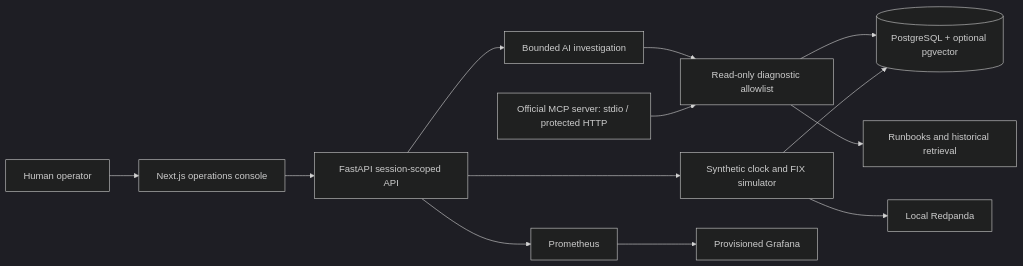
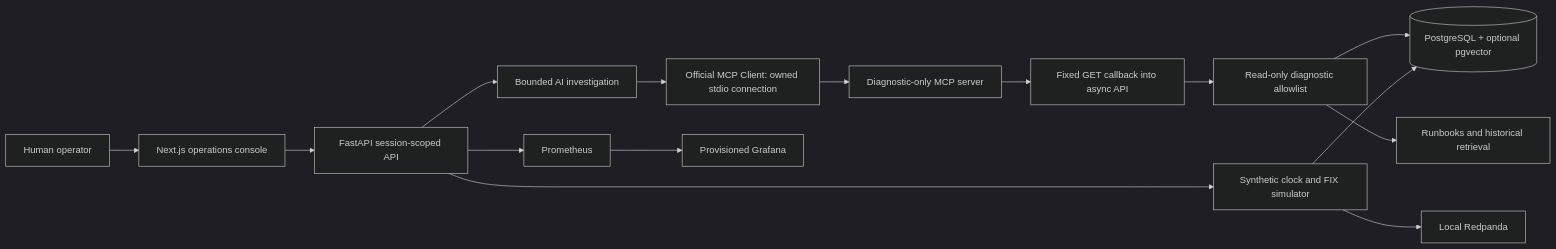
One commit to farhan-shafee/creditops-ai changed the diagram in README.md. Above: the diagram before and after it, drawn with Mermaid (dark theme). The commit also changed other lines of this file and 88 other files, not shown here.

````diff
--- a/README.md
+++ b/README.md
@@ -38,15 +38,17 @@
 ```mermaid
 flowchart LR
   User[Human operator] --> Web[Next.js operations console]
   Web --> API[FastAPI session-scoped API]
   API --> Agent[Bounded AI investigation]
-  Agent --> Tools[Read-only diagnostic allowlist]
-  MCP[Official MCP server: stdio / protected HTTP] --> Tools
+  Agent --> Client[Official MCP Client: owned stdio connection]
+  Client --> MCP[Diagnostic-only MCP server]
+  MCP --> Callback[Fixed GET callback into async API]
+  Callback --> Tools[Read-only diagnostic allowlist]
   Tools --> DB[(PostgreSQL + optional pgvector)]
   API --> Sim[Synthetic clock and FIX simulator]
   Sim --> Kafka[Local Redpanda]
   Sim --> DB
   API --> Prom[Prometheus]
   Prom --> Grafana[Provisioned Grafana]
   Tools --> Retrieval[Runbooks and historical retrieval]
 ```
````
